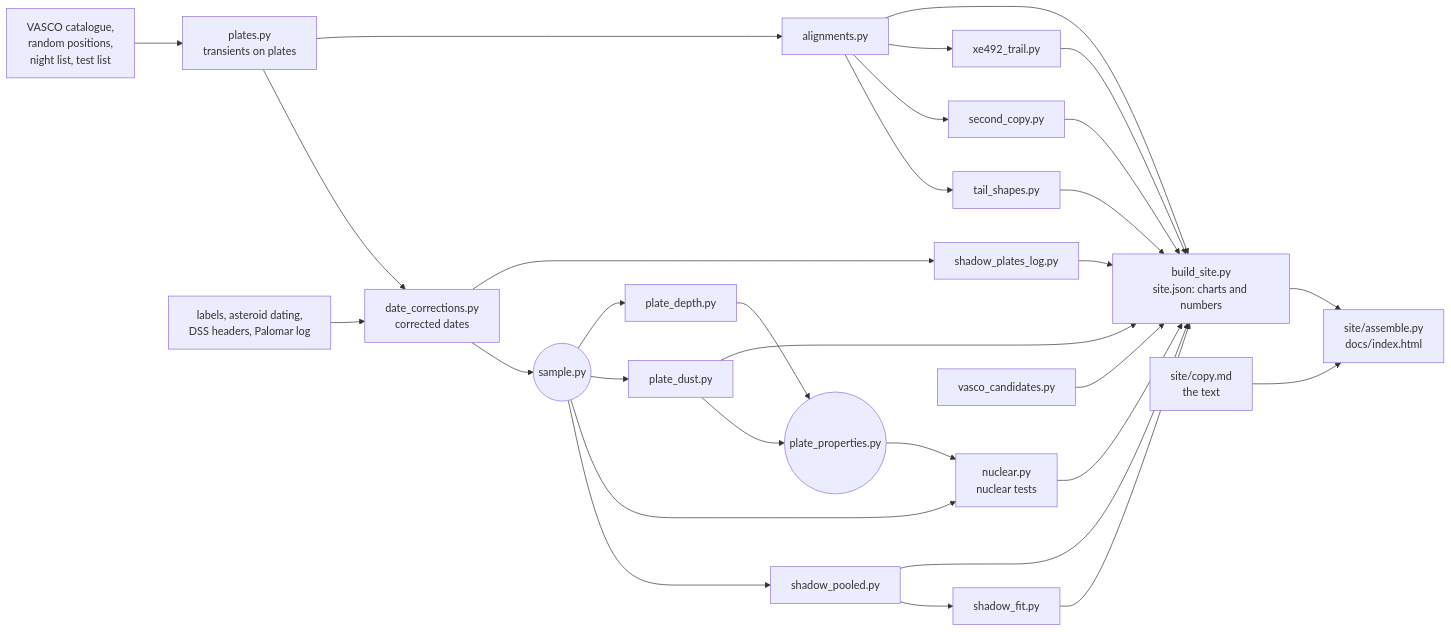
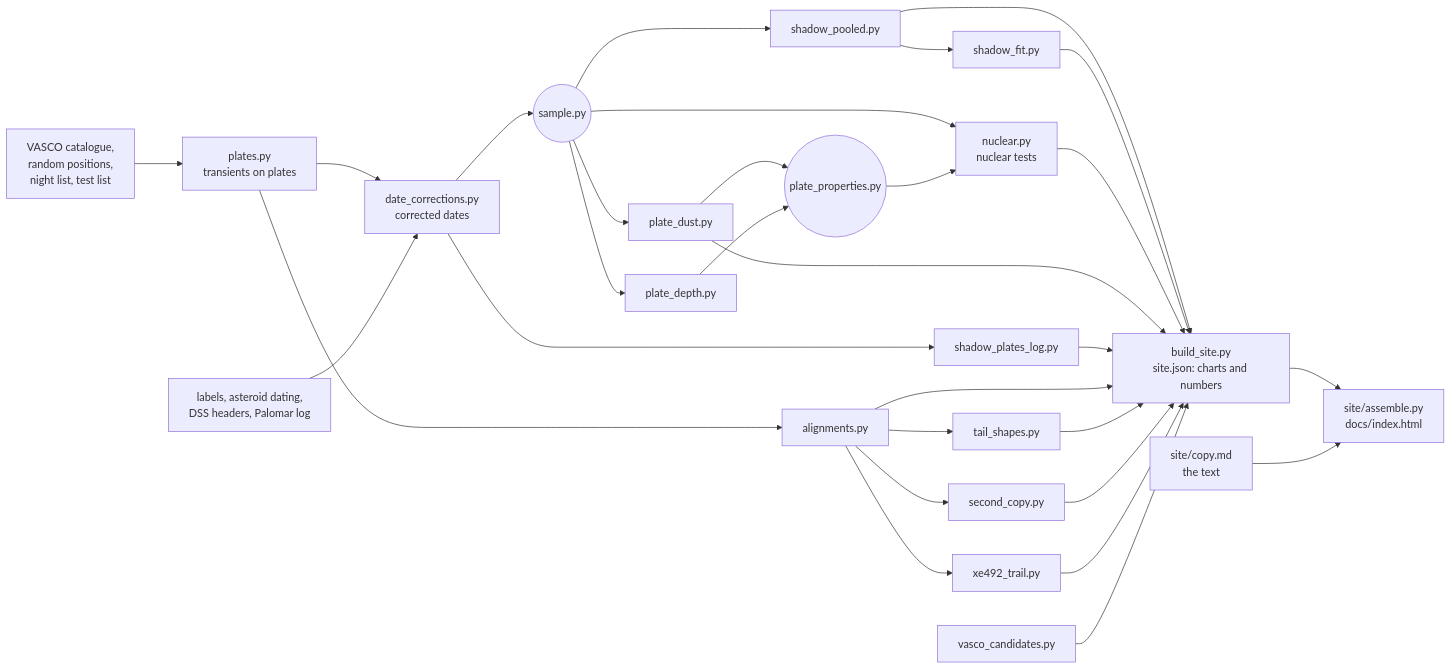
The diagram in README.md (donalhill/poss-transients), drawn with Mermaid before and after one commit. The commit also changed other lines of this file, not shown here.

````diff
--- a/README.md
+++ b/README.md
@@ -23,18 +24,17 @@
 ```mermaid
 flowchart LR
   ext[VASCO catalogue,<br>random positions,<br>night list, test list] --> plates[plates.py<br>transients on plates]
   plates --> dates[date_corrections.py<br>corrected dates]
   evidence[labels, asteroid dating,<br>DSS headers, Palomar log] --> dates
   dates --> sample((sample.py))
   sample --> pooled[shadow_pooled.py] --> fit[shadow_fit.py]
-  sample --> nuclear[nuclear.py<br>nuclear tests]
   sample --> dust[plate_dust.py] & depth[plate_depth.py]
   dust & depth --> props((plate_properties.py))
-  props --> nuclear
+  sample & props --> nuclear[nuclear.py<br>nuclear tests]
   dates --> south[shadow_plates_log.py]
   plates --> align[alignments.py] --> shapes[tail_shapes.py] & second[second_copy.py] & trail[xe492_trail.py]
   cands[vasco_candidates.py]
   pooled & fit & nuclear & dust & south & align & shapes & second & trail & cands --> site[build_site.py<br>site.json: charts and numbers]
   site --> page[site/assemble.py<br>docs/index.html]
   copy[site/copy.md<br>the text] --> page
 ```
````
